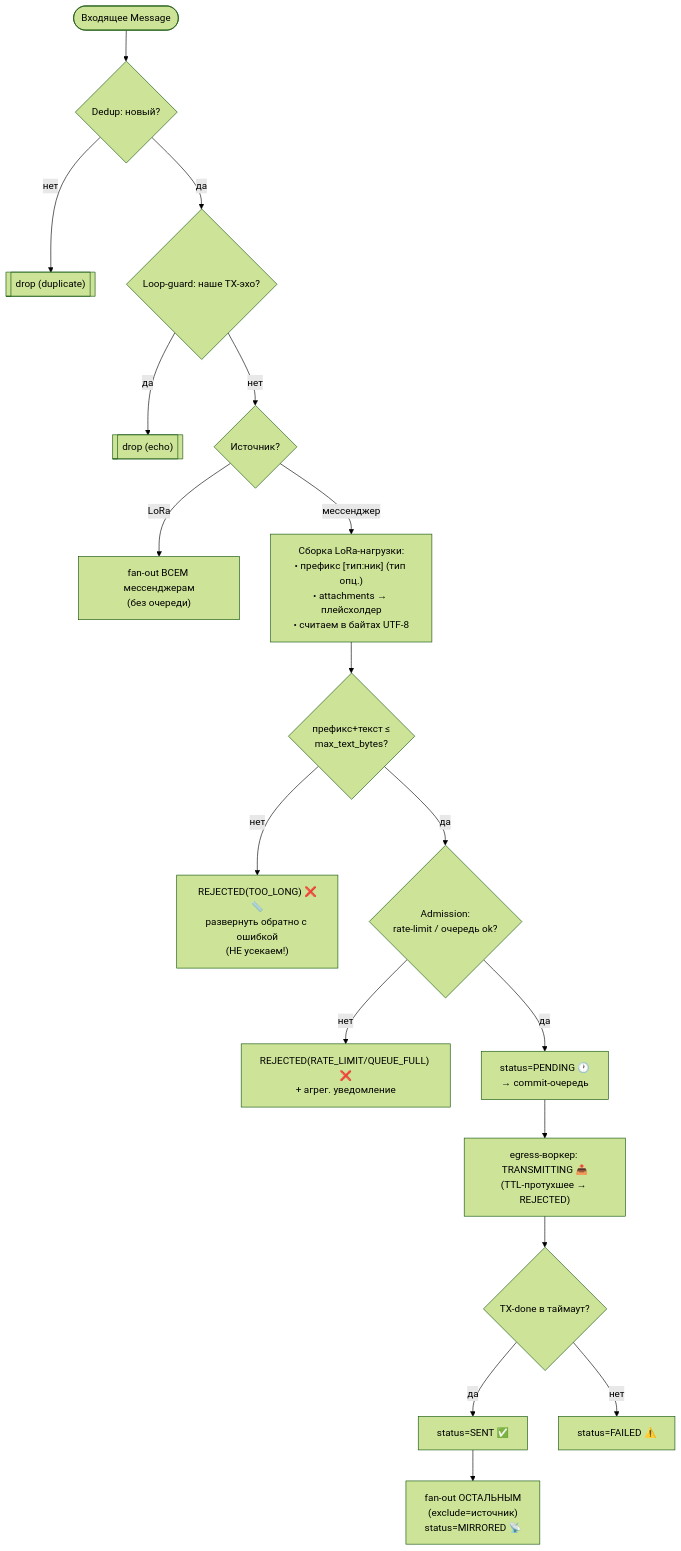
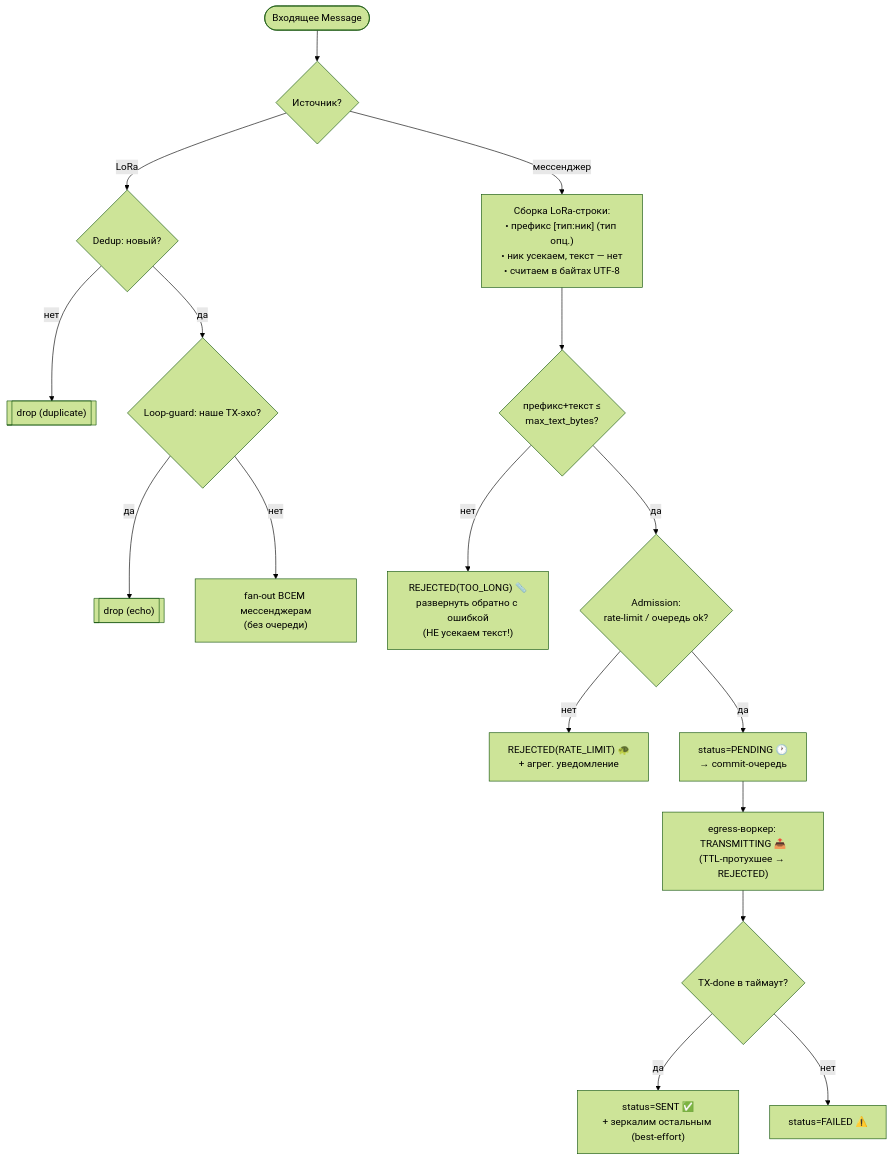
One commit to Flexlug/LoRa-Bridge changed the seventh of 10 diagrams in docs/ARCHITECTURE.md. Above: the diagram before and after it, drawn with Mermaid (forest theme). The commit also changed other lines of this file, not shown here.

First line of the commit message:
docs: simplify domain — text-only, drop topic/attachments/mirrored

````diff
--- a/docs/ARCHITECTURE.md
+++ b/docs/ARCHITECTURE.md
@@ -506,20 +505,21 @@
 ```mermaid
 flowchart TB
-    IN([Входящее Message]) --> DUP{"Dedup: новый?"}
+    IN([Входящее Message]) --> ORI{"Источник?"}
+
+    ORI -- "LoRa" --> DUP{"Dedup: новый?"}
     DUP -- нет --> D1[["drop (duplicate)"]]
     DUP -- да --> LG{"Loop-guard: наше TX-эхо?"}
     LG -- да --> D2[["drop (echo)"]]
-    LG -- нет --> ORI{"Источник?"}
-    ORI -- "LoRa" --> FOL["fan-out ВСЕМ мессенджерам\n(без очереди)"]
-    ORI -- "мессенджер" --> CMP["Сборка LoRa-нагрузки:\n• префикс [тип:ник] (тип опц.)\n• attachments → плейсхолдер\n• считаем в байтах UTF-8"]
+    LG -- нет --> FOL["fan-out ВСЕМ мессенджерам\n(без очереди)"]
+
+    ORI -- "мессенджер" --> CMP["Сборка LoRa-строки:\n• префикс [тип:ник] (тип опц.)\n• ник усекаем, текст — нет\n• считаем в байтах UTF-8"]
     CMP --> SZ{"префикс+текст ≤\nmax_text_bytes?"}
-    SZ -- нет --> RJL["REJECTED(TOO_LONG) ❌📏\nразвернуть обратно с ошибкой\n(НЕ усекаем!)"]
+    SZ -- нет --> RJL["REJECTED(TOO_LONG) 📏\nразвернуть обратно с ошибкой\n(НЕ усекаем текст!)"]
     SZ -- да --> ADM{"Admission:\nrate-limit / очередь ok?"}
-    ADM -- нет --> REJ["REJECTED(RATE_LIMIT/QUEUE_FULL) ❌\n+ агрег. уведомление"]
+    ADM -- нет --> REJ["REJECTED(RATE_LIMIT) 🐢\n+ агрег. уведомление"]
     ADM -- да --> PEND["status=PENDING 🕐\n→ commit-очередь"]
     PEND --> WRK["egress-воркер: TRANSMITTING 📤\n(TTL-протухшее → REJECTED)"]
     WRK --> TX{"TX-done в таймаут?"}
-    TX -- да --> SENT["status=SENT ✅"]
-    SENT --> MIR["fan-out ОСТАЛЬНЫМ\n(exclude=источник)\nstatus=MIRRORED 📡"]
+    TX -- да --> SENT["status=SENT ✅\n+ зеркалим остальным (best-effort)"]
     TX -- нет --> FAIL["status=FAILED ⚠️"]
 ```
````
